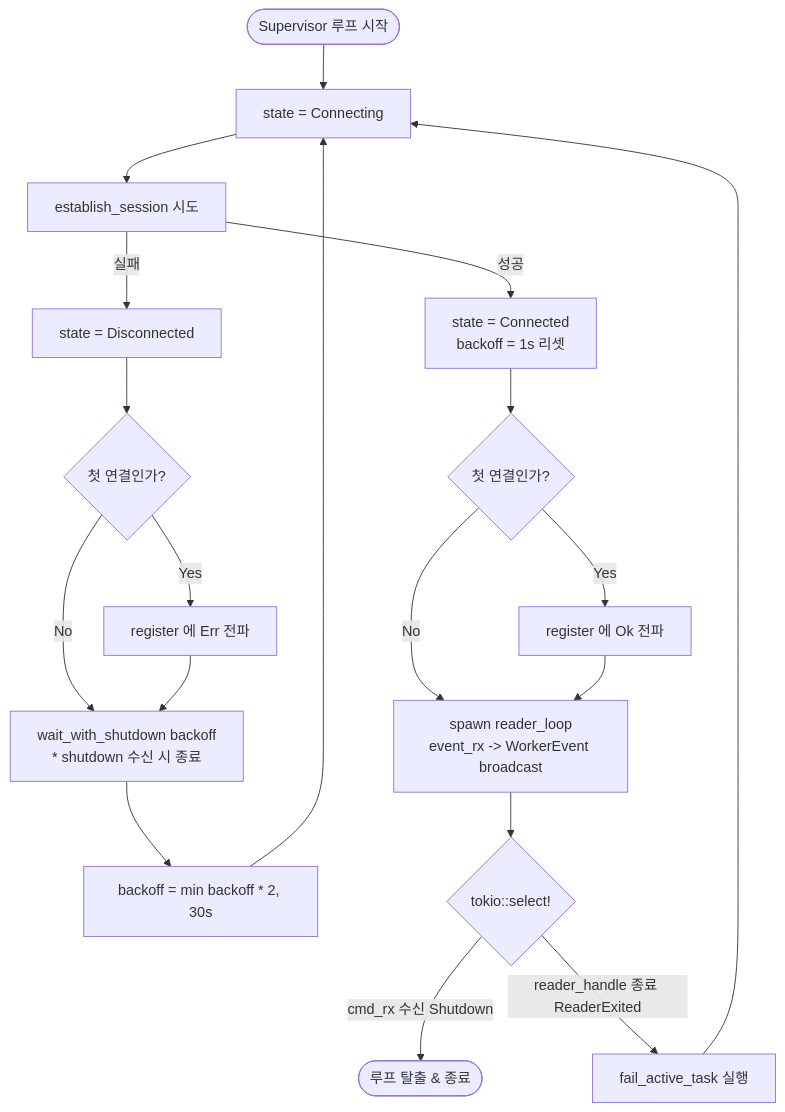
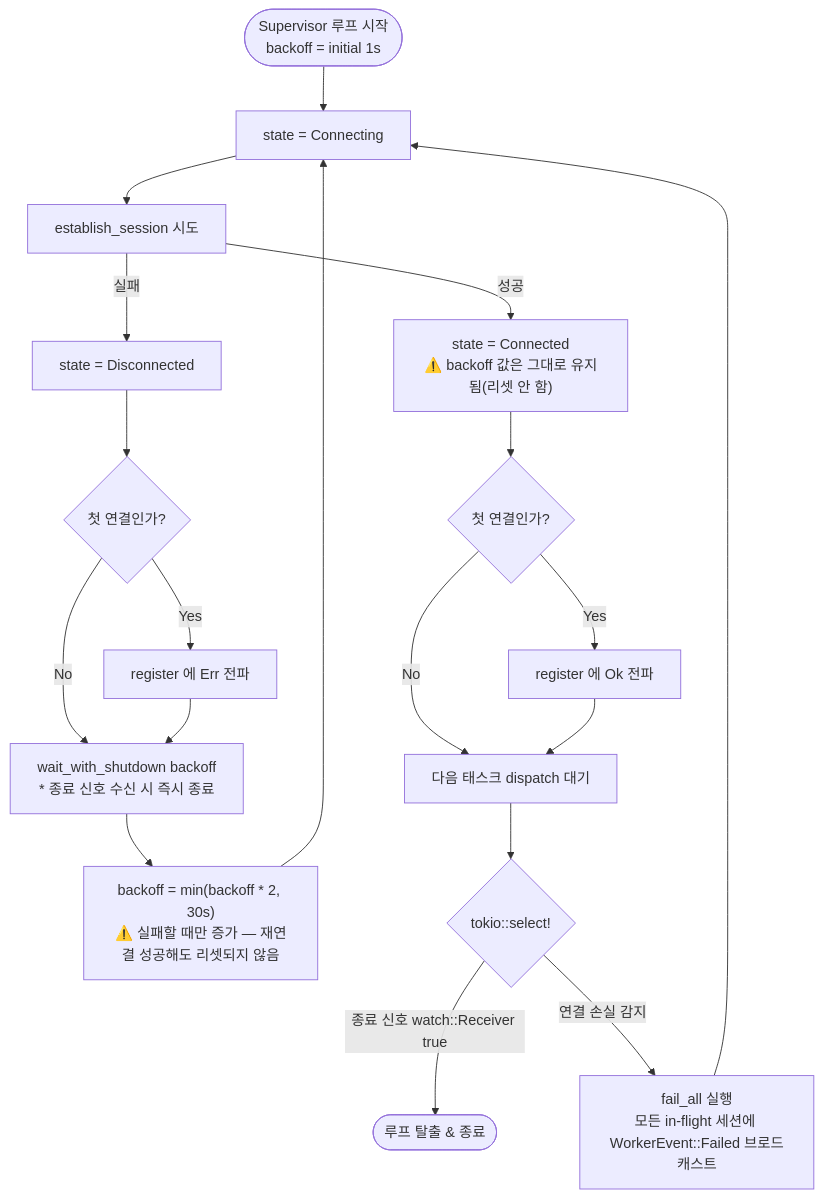
Before and after one commit to yarang/grok-fleet-orchestrator: the diagram in docs/assets/diagrams/architecture/supervisor-backoff-logic.mmd, drawn with Mermaid. The commit also changed 8 other files, not shown here.

First line of the commit message:
docs(architecture): fact-check overview.md against code, fix 9 diagrams

```diff
--- a/docs/assets/diagrams/architecture/supervisor-backoff-logic.mmd
+++ b/docs/assets/diagrams/architecture/supervisor-backoff-logic.mmd
@@ -1,20 +1,20 @@
 flowchart TD
-    Start([Supervisor 루프 시작]) --> SetConnecting[state = Connecting]
+    Start([Supervisor 루프 시작<br/>backoff = initial 1s]) --> SetConnecting[state = Connecting]
     SetConnecting --> Connect[establish_session 시도]
     Connect -->|실패| SetDisconnected[state = Disconnected]
     SetDisconnected --> CheckFirstFail{첫 연결인가?}
     CheckFirstFail -- Yes --> ReturnErr[register 에 Err 전파]
-    CheckFirstFail -- No --> WaitBackoff[wait_with_shutdown backoff<br/>* shutdown 수신 시 종료]
+    CheckFirstFail -- No --> WaitBackoff[wait_with_shutdown backoff<br/>* 종료 신호 수신 시 즉시 종료]
     ReturnErr --> WaitBackoff
-    WaitBackoff --> CalcBackoff[backoff = min backoff * 2, 30s]
+    WaitBackoff --> CalcBackoff["backoff = min(backoff * 2, 30s)<br/>⚠️ 실패할 때만 증가 — 재연결 성공해도 리셋되지 않음"]
     CalcBackoff --> SetConnecting
-    
-    Connect -->|성공| SetConnected[state = Connected<br/>backoff = 1s 리셋]
+
+    Connect -->|성공| SetConnected["state = Connected<br/>⚠️ backoff 값은 그대로 유지됨(리셋 안 함)"]
     SetConnected --> CheckFirstSuccess{첫 연결인가?}
     CheckFirstSuccess -- Yes --> ReturnOk[register 에 Ok 전파]
-    CheckFirstSuccess -- No --> SpawnReader[spawn reader_loop<br/>event_rx -> WorkerEvent broadcast]
-    ReturnOk --> SpawnReader
-    SpawnReader --> Select{tokio::select!}
-    Select -->|cmd_rx 수신 Shutdown| Exit([루프 탈출 & 종료])
-    Select -->|reader_handle 종료 ReaderExited| ClearActive[fail_active_task 실행]
+    CheckFirstSuccess -- No --> Continue[다음 태스크 dispatch 대기]
+    ReturnOk --> Continue
+    Continue --> Select{tokio::select!}
+    Select -->|종료 신호 watch::Receiver true| Exit([루프 탈출 & 종료])
+    Select -->|연결 손실 감지| ClearActive[fail_all 실행<br/>모든 in-flight 세션에 WorkerEvent::Failed 브로드캐스트]
     ClearActive --> SetConnecting
```
